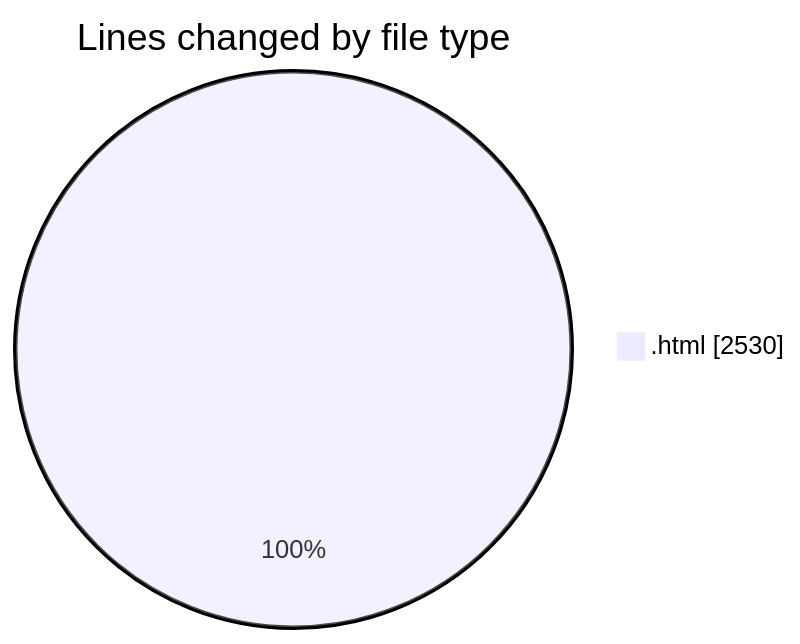
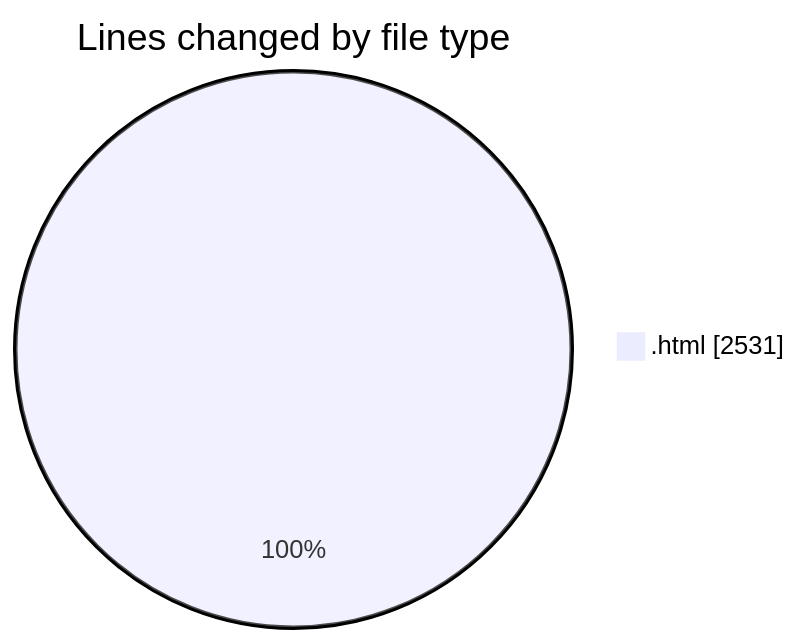
Before and after one commit to Ritupan-Deka/code-tracking: the first of 2 diagrams in 2025-06-17/projects/README.md, drawn with Mermaid. The commit also changed other lines of this file and 1 other file, not shown here.

````diff
--- a/2025-06-17/projects/README.md
+++ b/2025-06-17/projects/README.md
@@ -21,5 +21,5 @@
 ```mermaid
 pie showData
 title Lines changed by file type
-".html" : 2530
+".html" : 2531
 ```
````
